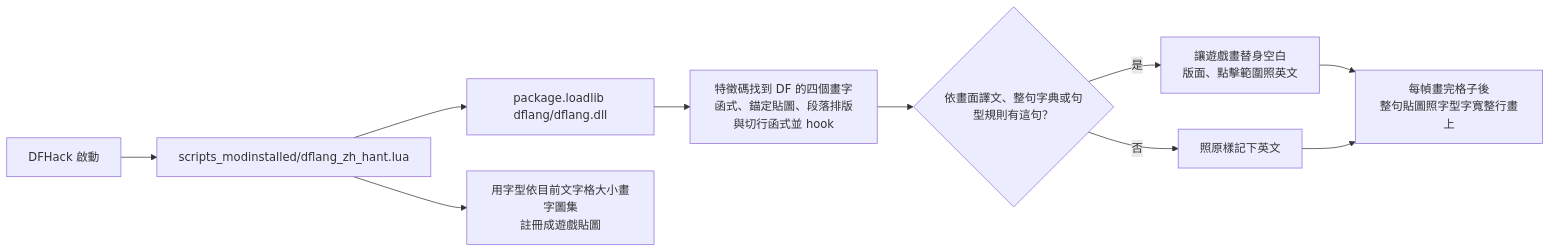
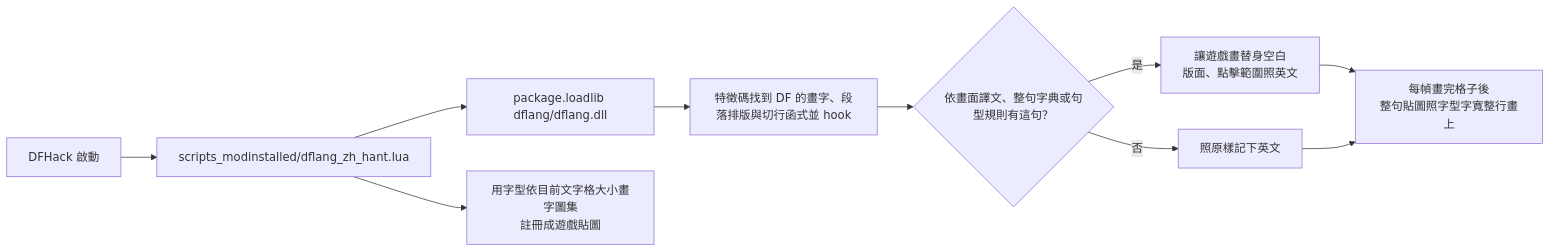
Before and after one commit to Minidoracat/MinidoracatDFLang: the diagram in README.md, drawn with Mermaid. The commit also changed other lines of this file and 33 other files, not shown here.

````diff
--- a/README.md
+++ b/README.md
@@ -63,12 +65,12 @@
 ```mermaid
 flowchart LR
   A[DFHack 啟動] --> B[scripts_modinstalled/dflang_zh_hant.lua]
   B --> C[package.loadlib dflang/dflang.dll]
   B --> D[用字型依目前文字格大小畫字圖集<br>註冊成遊戲貼圖]
-  C --> E[特徵碼找到 DF 的四個畫字函式、錨定貼圖、段落排版與切行函式並 hook]
+  C --> E[特徵碼找到 DF 的畫字、段落排版與切行函式並 hook]
   E --> F{依畫面譯文、整句字典或句型規則有這句？}
   F -->|是| G[讓遊戲畫替身空白<br>版面、點擊範圍照英文]
   F -->|否| H[照原樣記下英文]
   G --> I[每幀畫完格子後<br>整句貼圖照字型字寬整行畫上]
   H --> I
 ```
````
